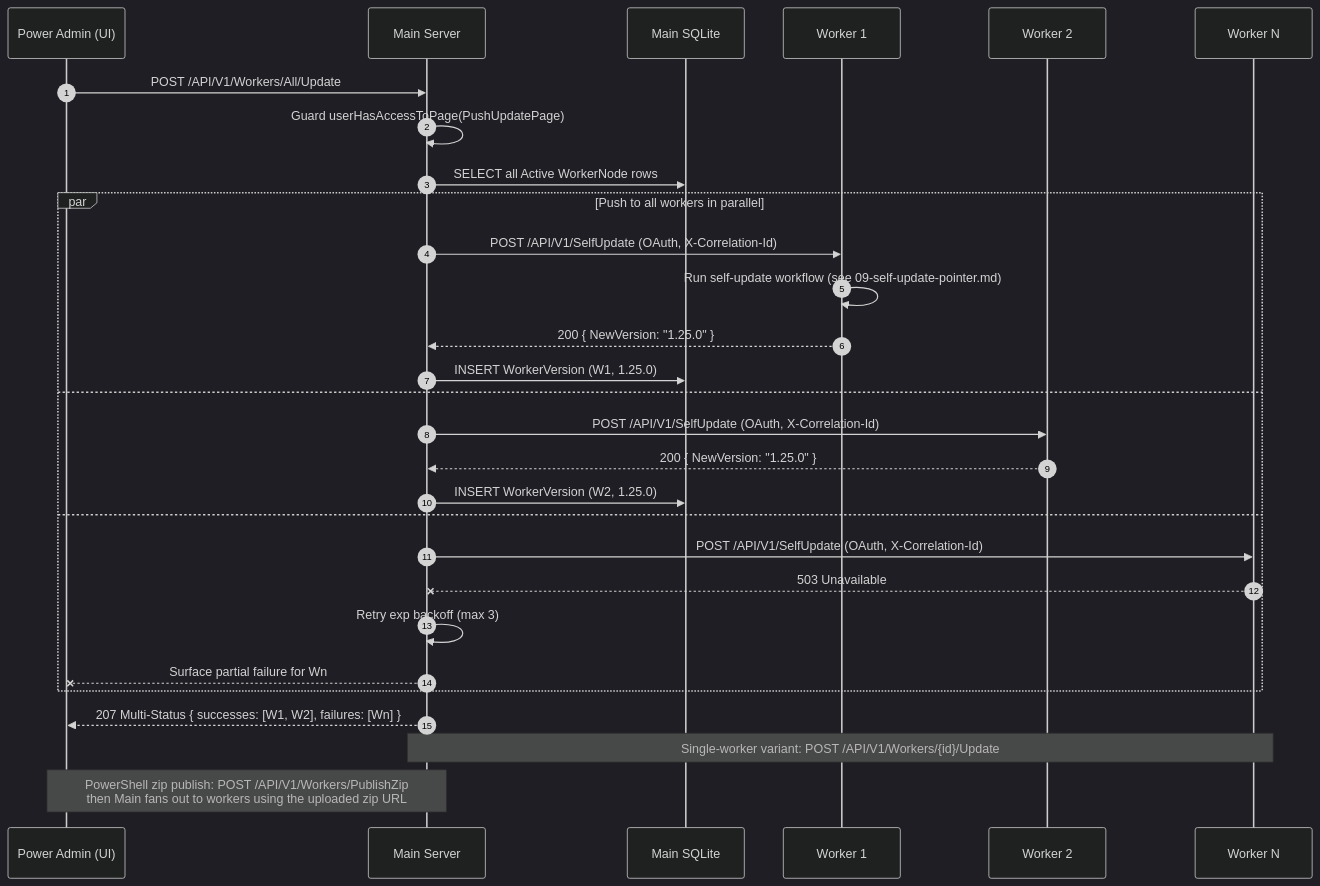
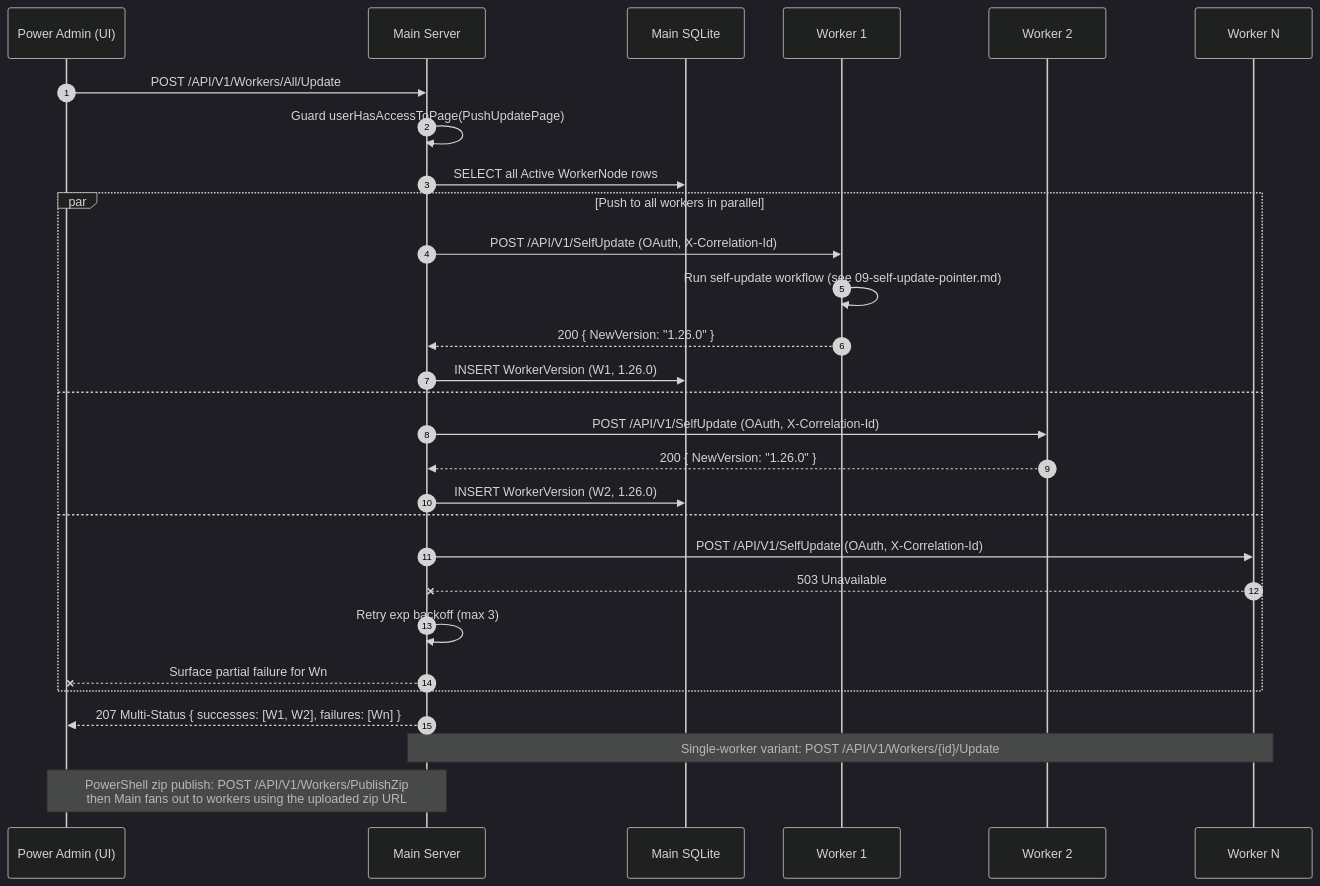
The diagram in spec/19-main-worker-service/diagrams/seq-push-update.mmd (alimtvnetwork/prompt-architect-v2), drawn with Mermaid (dark theme) before and after one commit. The commit also changed 16 other files, not shown here.

```diff
--- a/spec/19-main-worker-service/diagrams/seq-push-update.mmd
+++ b/spec/19-main-worker-service/diagrams/seq-push-update.mmd
@@ -1,43 +1,43 @@
 %% ==========================================================
 %% NON-AUTHORITATIVE PROJECTION
 %% ==========================================================
 %% Subject:        Power-Admin push-update fan-out
 %% Authoritative:  spec/14-update/28-worker-push-instruction.md + spec/19/15-tunable-constants.md
 %% Status:         Illustrative only. If this diagram disagrees
 %%                 with the authoritative spec(s) above, the
 %%                 spec wins and this file is the bug.
 %% Banner version: 1.0.0 (2026-05-04, audit fix #9)
 %% ==========================================================
 sequenceDiagram
     autonumber
     participant Admin as Power Admin (UI)
     participant Main as Main Server
     participant DB as Main SQLite
     participant W1 as Worker 1
     participant W2 as Worker 2
     participant Wn as Worker N
 
     Admin->>Main: POST /API/V1/Workers/All/Update
     Main->>Main: Guard userHasAccessToPage(PushUpdatePage)
     Main->>DB: SELECT all Active WorkerNode rows
 
     par Push to all workers in parallel
         Main->>W1: POST /API/V1/SelfUpdate (OAuth, X-Correlation-Id)
         W1->>W1: Run self-update workflow (see 09-self-update-pointer.md)
-        W1-->>Main: 200 { NewVersion: "1.25.0" }
-        Main->>DB: INSERT WorkerVersion (W1, 1.25.0)
+        W1-->>Main: 200 { NewVersion: "1.26.0" }
+        Main->>DB: INSERT WorkerVersion (W1, 1.26.0)
     and
         Main->>W2: POST /API/V1/SelfUpdate (OAuth, X-Correlation-Id)
-        W2-->>Main: 200 { NewVersion: "1.25.0" }
-        Main->>DB: INSERT WorkerVersion (W2, 1.25.0)
+        W2-->>Main: 200 { NewVersion: "1.26.0" }
+        Main->>DB: INSERT WorkerVersion (W2, 1.26.0)
     and
         Main->>Wn: POST /API/V1/SelfUpdate (OAuth, X-Correlation-Id)
         Wn--xMain: 503 Unavailable
         Main->>Main: Retry exp backoff (max 3)
         Main--xAdmin: Surface partial failure for Wn
     end
 
     Main-->>Admin: 207 Multi-Status { successes: [W1, W2], failures: [Wn] }
 
     Note over Main,Wn: Single-worker variant: POST /API/V1/Workers/{id}/Update
     Note over Admin,Main: PowerShell zip publish: POST /API/V1/Workers/PublishZip<br/>then Main fans out to workers using the uploaded zip URL
```
